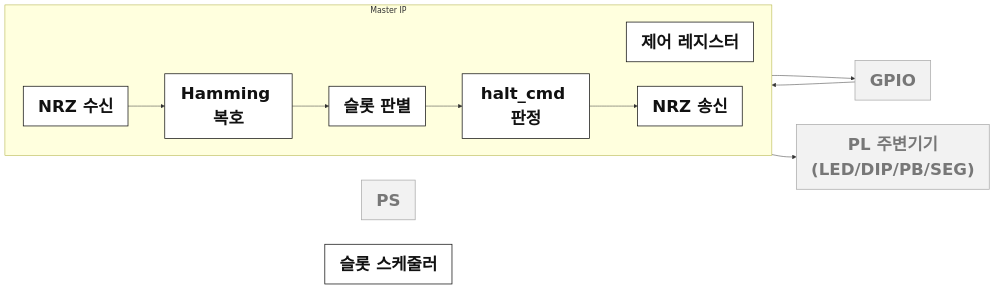
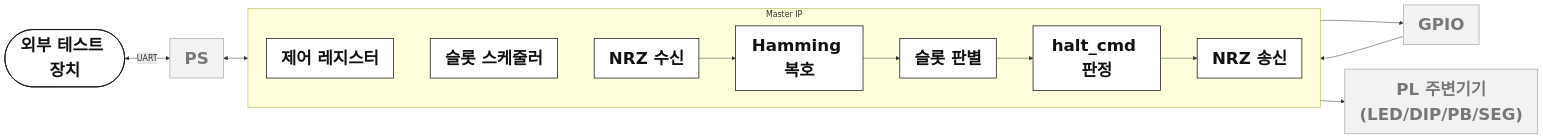
The diagram in diagrams/section3/zoom/m_masterip.mmd (Woodong02/SoC_Design_and_Programming), drawn with Mermaid before and after one commit. The commit also changed 1 other file, not shown here.

Commit message:
WIP: revise Master IP and fault-flow diagram sources
- Keep slot scheduler and control register detached inside Master IP block, restore PS link, add external test device context
- Split timing-mismatch branch into weak/strong timeout, bump preamble error increment to +2

Claude-Session: https://claude.ai/code/session_01HsnhTJYvcfwdgYabPyirFp

```diff
--- a/diagrams/section3/zoom/m_masterip.mmd
+++ b/diagrams/section3/zoom/m_masterip.mmd
@@ -1,27 +1,32 @@
 %%{init: {'themeVariables': {'fontSize': '34px'}}, 'flowchart': {'nodeSpacing': 35, 'rankSpacing': 55}}%%
 flowchart LR
+    EXT(["외부 테스트 장치"]):::node
     PS["PS"]:::dim
     GPIO["GPIO"]:::dim
     PLPERIPH["PL 주변기기\n(LED/DIP/PB/SEG)"]:::dim
-    SLOT["슬롯 스케줄러"]:::node
 
     subgraph MASTERB ["Master IP"]
         direction LR
         CTRLREG["제어 레지스터"]:::node
+        SLOT["슬롯 스케줄러"]:::node
         RX["NRZ 수신"]:::node
         DEC["Hamming 복호"]:::node
         SLOTDET["슬롯 판별"]:::node
         HALT["halt_cmd 판정"]:::node
         TX["NRZ 송신"]:::node
 
+        CTRLREG ~~~ SLOT
+        SLOT ~~~ RX
         RX --> DEC
         DEC --> SLOTDET
         SLOTDET --> HALT
         HALT --> TX
     end
 
+    EXT <-->|"UART"| PS
+    PS <--> MASTERB
     GPIO --> RX
     TX --> GPIO
     MASTERB --> PLPERIPH
 classDef node fill:#FFFFFF,stroke:#111111,stroke-width:1.5px,color:#111111,font-weight:bold,font-size:34px
 classDef dim fill:#F2F2F2,stroke:#AAAAAA,color:#777777,font-weight:bold,font-size:34px
```
